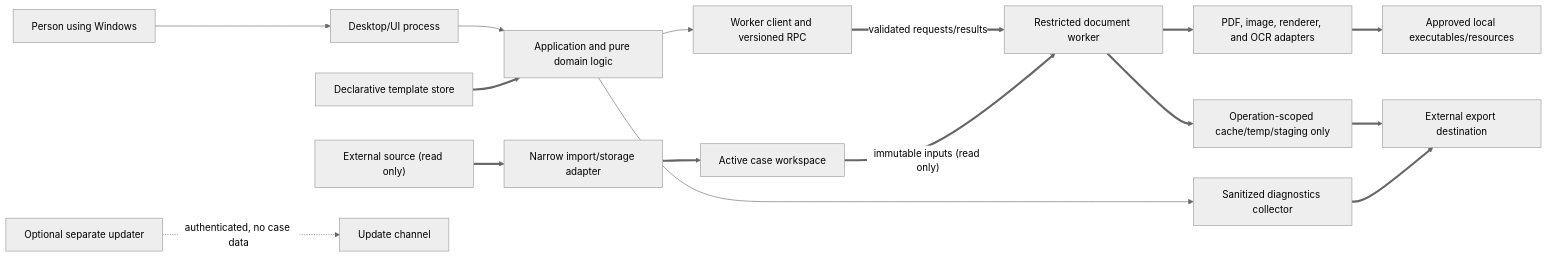
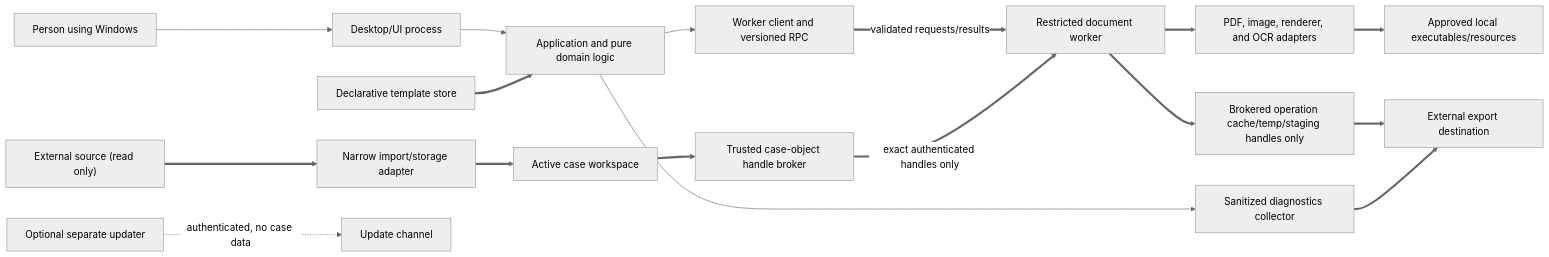
One commit to PikkuJanne/PaperWorkShell changed the first of 8 diagrams in docs/security/data-flows.md. Above: the diagram before and after it, drawn with Mermaid (neutral theme). The commit also changed other lines of this file and 6 other files, not shown here.

````diff
--- a/docs/security/data-flows.md
+++ b/docs/security/data-flows.md
@@ -19,18 +19,19 @@
 ```mermaid
 flowchart LR
     Person["Person using Windows"] --> UI["Desktop/UI process"]
     UI --> App["Application and pure domain logic"]
     App --> Broker["Worker client and versioned RPC"]
     Broker == "validated requests/results" ==> Worker["Restricted document worker"]
     Worker ==> Engines["PDF, image, renderer, and OCR adapters"]
     Engines ==> Tools["Approved local executables/resources"]
     Source["External source (read only)"] ==> Import["Narrow import/storage adapter"]
     Import ==> Case["Active case workspace"]
-    Case == "immutable inputs (read only)" ==> Worker
-    Worker ==> Stage["Operation-scoped cache/temp/staging only"]
+    Case ==> Handles["Trusted case-object handle broker"]
+    Handles == "exact authenticated handles only" ==> Worker
+    Worker ==> Stage["Brokered operation cache/temp/staging handles only"]
     Stage ==> Destination["External export destination"]
     App --> Diagnostics["Sanitized diagnostics collector"]
     Diagnostics ==> Destination
     Template["Declarative template store"] ==> App
     Updater["Optional separate updater"] -. "authenticated, no case data" .-> Network["Update channel"]
 ```
````
